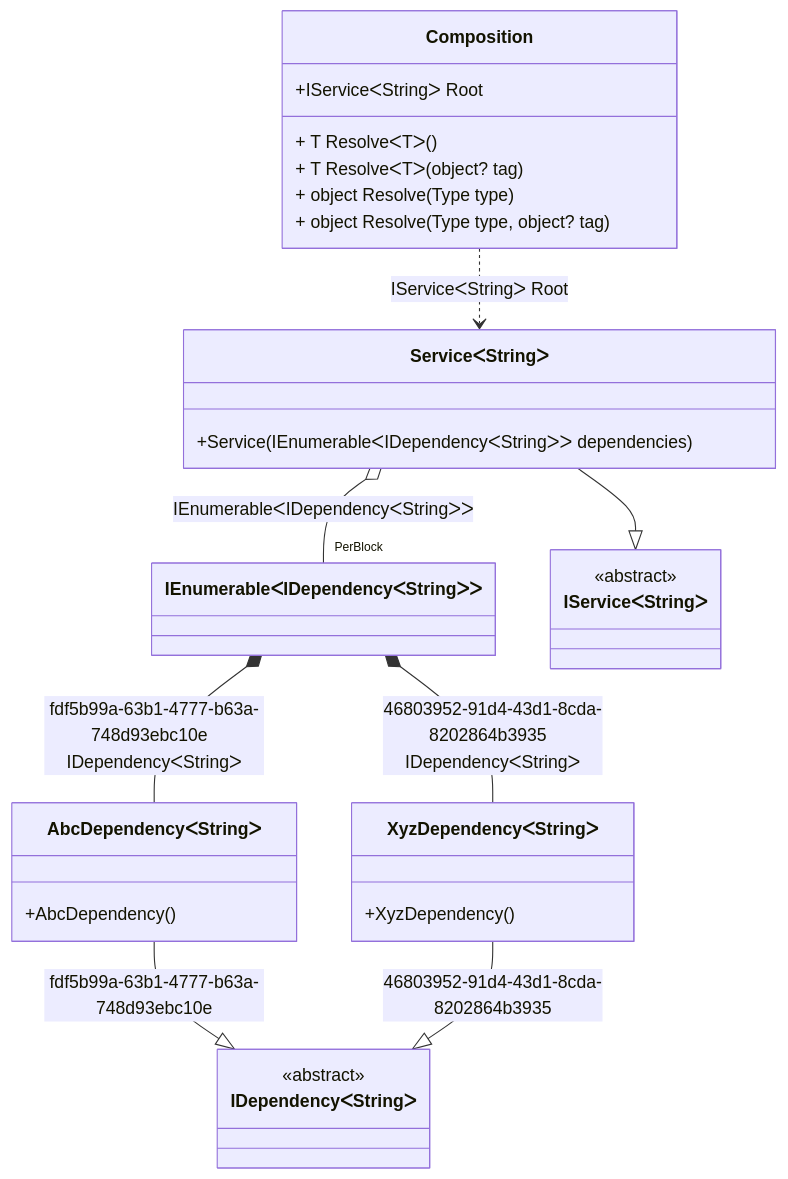
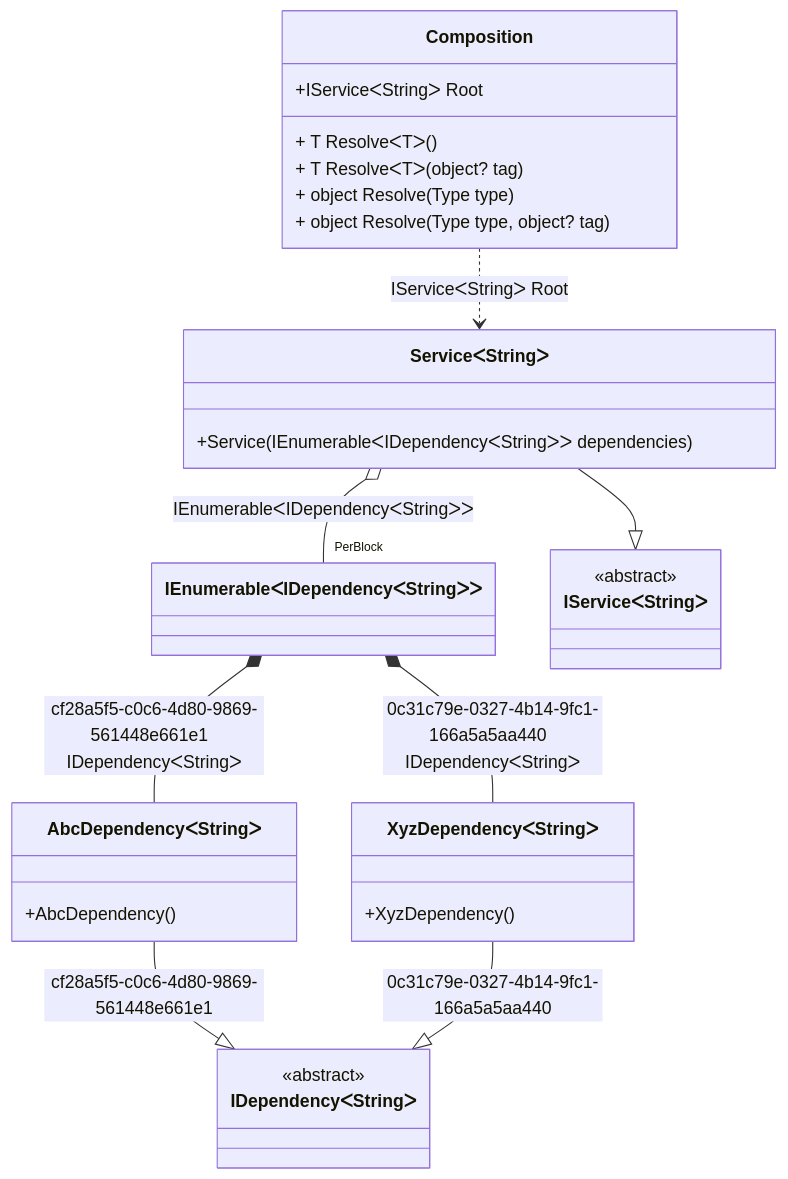
Before and after one commit to DevTeam/Pure.DI: the diagram in readme/tag-unique.md, drawn with Mermaid. The commit also changed other lines of this file and 5 other files, not shown here.

````diff
--- a/readme/tag-unique.md
+++ b/readme/tag-unique.md
@@ -39,33 +39,33 @@
 ```mermaid
 classDiagram
   class Composition {
     +IServiceᐸStringᐳ Root
     + T ResolveᐸTᐳ()
     + T ResolveᐸTᐳ(object? tag)
     + object Resolve(Type type)
     + object Resolve(Type type, object? tag)
   }
   class IEnumerableᐸIDependencyᐸStringᐳᐳ
-  AbcDependencyᐸStringᐳ --|> IDependencyᐸStringᐳ : fdf5b99a-63b1-4777-b63a-748d93ebc10e 
+  AbcDependencyᐸStringᐳ --|> IDependencyᐸStringᐳ : cf28a5f5-c0c6-4d80-9869-561448e661e1 
   class AbcDependencyᐸStringᐳ {
     +AbcDependency()
   }
-  XyzDependencyᐸStringᐳ --|> IDependencyᐸStringᐳ : 46803952-91d4-43d1-8cda-8202864b3935 
+  XyzDependencyᐸStringᐳ --|> IDependencyᐸStringᐳ : 0c31c79e-0327-4b14-9fc1-166a5a5aa440 
   class XyzDependencyᐸStringᐳ {
     +XyzDependency()
   }
   ServiceᐸStringᐳ --|> IServiceᐸStringᐳ : 
   class ServiceᐸStringᐳ {
     +Service(IEnumerableᐸIDependencyᐸStringᐳᐳ dependencies)
   }
   class IDependencyᐸStringᐳ {
     <<abstract>>
   }
   class IServiceᐸStringᐳ {
     <<abstract>>
   }
-  IEnumerableᐸIDependencyᐸStringᐳᐳ *--  AbcDependencyᐸStringᐳ : fdf5b99a-63b1-4777-b63a-748d93ebc10e  IDependencyᐸStringᐳ
-  IEnumerableᐸIDependencyᐸStringᐳᐳ *--  XyzDependencyᐸStringᐳ : 46803952-91d4-43d1-8cda-8202864b3935  IDependencyᐸStringᐳ
+  IEnumerableᐸIDependencyᐸStringᐳᐳ *--  AbcDependencyᐸStringᐳ : cf28a5f5-c0c6-4d80-9869-561448e661e1  IDependencyᐸStringᐳ
+  IEnumerableᐸIDependencyᐸStringᐳᐳ *--  XyzDependencyᐸStringᐳ : 0c31c79e-0327-4b14-9fc1-166a5a5aa440  IDependencyᐸStringᐳ
   Composition ..> ServiceᐸStringᐳ : IServiceᐸStringᐳ Root
   ServiceᐸStringᐳ o--  "PerBlock" IEnumerableᐸIDependencyᐸStringᐳᐳ : IEnumerableᐸIDependencyᐸStringᐳᐳ
 ```
````
